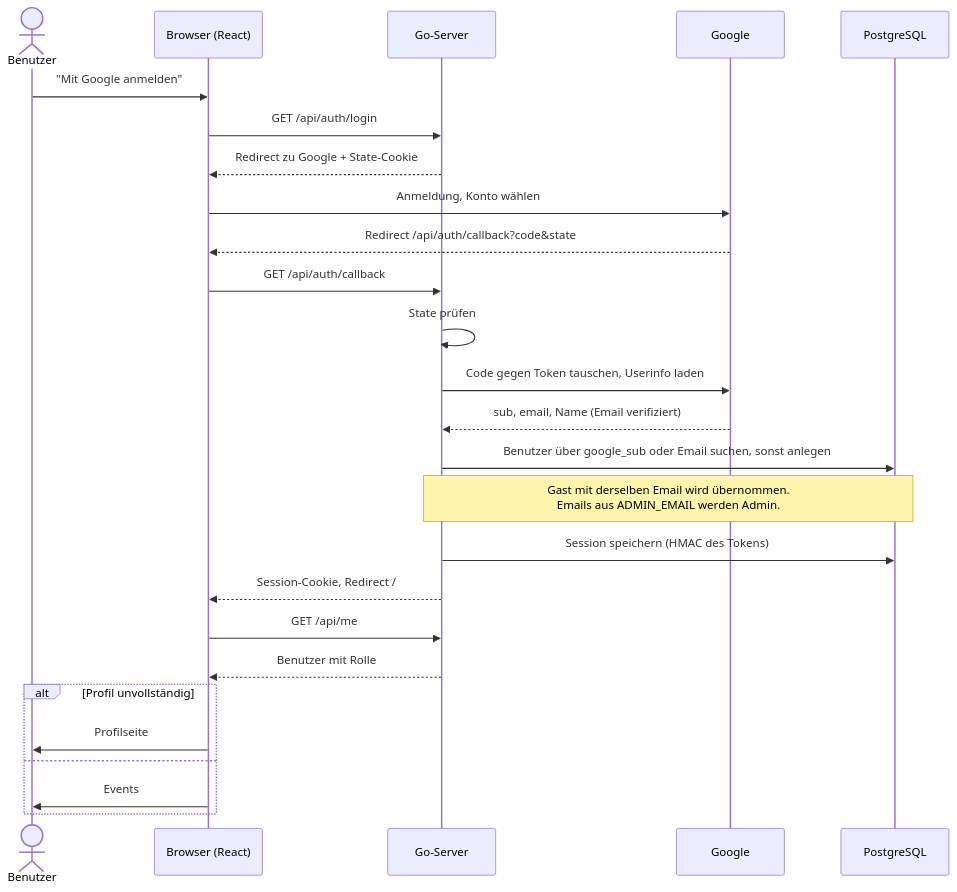
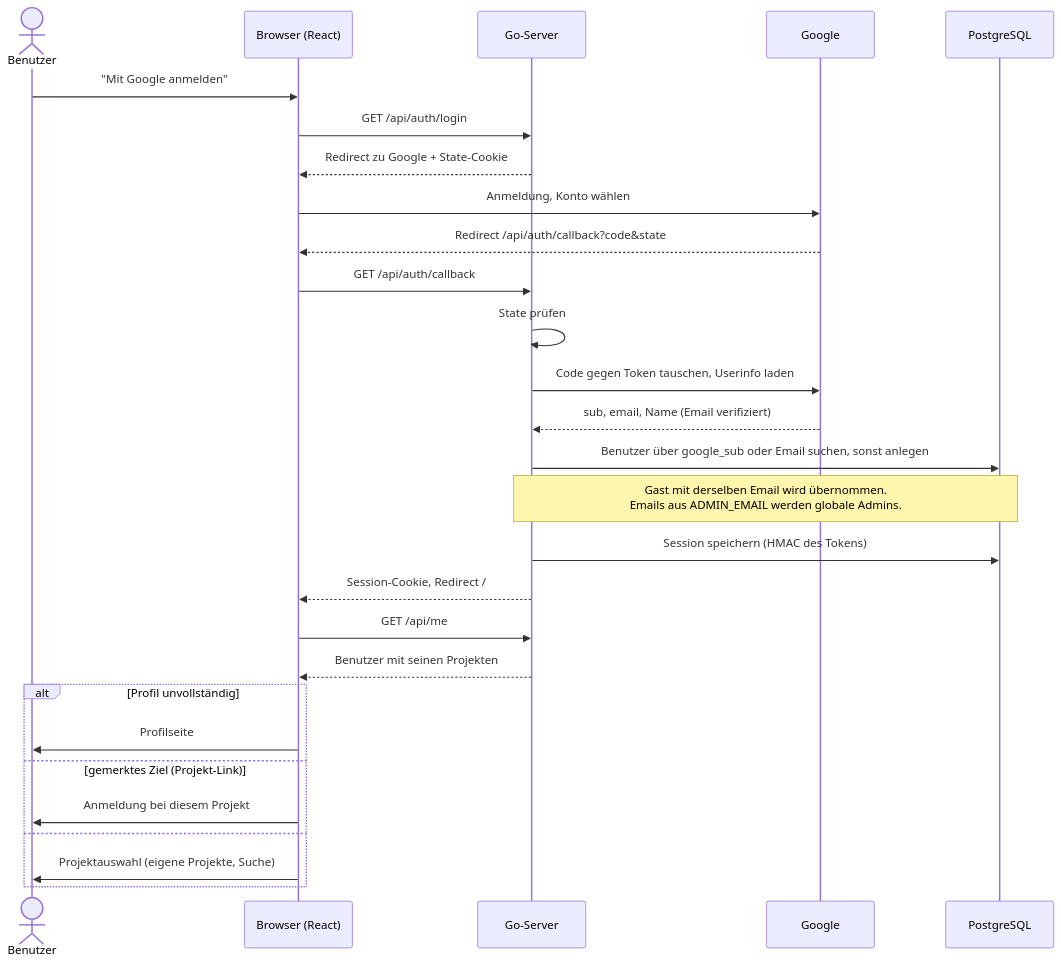
Before and after one commit to tribock/midnightsports: the fourth of 8 diagrams in docs/architektur.md, drawn with Mermaid. The commit also changed other lines of this file and 60 other files, not shown here.

````diff
--- a/docs/architektur.md
+++ b/docs/architektur.md
@@ -199,29 +338,31 @@
 ```mermaid
 sequenceDiagram
     actor U as Benutzer
     participant B as Browser (React)
     participant S as Go-Server
     participant G as Google
     participant DB as PostgreSQL
 
     U->>B: "Mit Google anmelden"
     B->>S: GET /api/auth/login
     S-->>B: Redirect zu Google + State-Cookie
     B->>G: Anmeldung, Konto wählen
     G-->>B: Redirect /api/auth/callback?code&state
     B->>S: GET /api/auth/callback
     S->>S: State prüfen
     S->>G: Code gegen Token tauschen, Userinfo laden
     G-->>S: sub, email, Name (Email verifiziert)
     S->>DB: Benutzer über google_sub oder Email suchen, sonst anlegen
-    Note over S,DB: Gast mit derselben Email wird übernommen.<br/>Emails aus ADMIN_EMAIL werden Admin.
+    Note over S,DB: Gast mit derselben Email wird übernommen.<br/>Emails aus ADMIN_EMAIL werden globale Admins.
     S->>DB: Session speichern (HMAC des Tokens)
     S-->>B: Session-Cookie, Redirect /
     B->>S: GET /api/me
-    S-->>B: Benutzer mit Rolle
+    S-->>B: Benutzer mit seinen Projekten
     alt Profil unvollständig
         B->>U: Profilseite
+    else gemerktes Ziel (Projekt-Link)
+        B->>U: Anmeldung bei diesem Projekt
     else
-        B->>U: Events
+        B->>U: Projektauswahl (eigene Projekte, Suche)
     end
 ```
````
